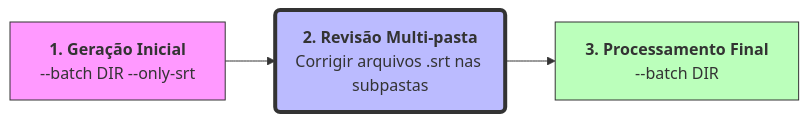
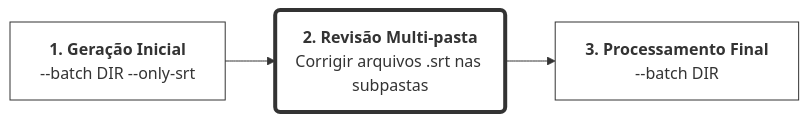
Before and after one commit to Liga-IA/RepoAI: the second of 2 diagrams in nlp_subtitler-pro/README.md, drawn with Mermaid. The commit also changed other lines of this file, not shown here.

Commit message:
Change styles in README diagrams to improve clarity (#36)

````diff
--- a/nlp_subtitler-pro/README.md
+++ b/nlp_subtitler-pro/README.md
@@ -59,9 +59,9 @@
 ```mermaid
    graph LR
       A[<b>1. Geração Inicial</b><br/>--batch DIR --only-srt] --> B(<b>2. Revisão Multi-pasta</b><br/>Corrigir arquivos .srt nas subpastas)
       B --> C[<b>3. Processamento Final</b><br/>--batch DIR]
       
-      style A fill:#f9f,stroke:#333
-      style B fill:#bbf,stroke:#333,stroke-width:4px
-      style C fill:#bfb,stroke:#333
+      style A fill:#0000,stroke:#333
+      style B fill:#0000,stroke:#333,stroke-width:4px
+      style C fill:#0000,stroke:#333
 ```
````
